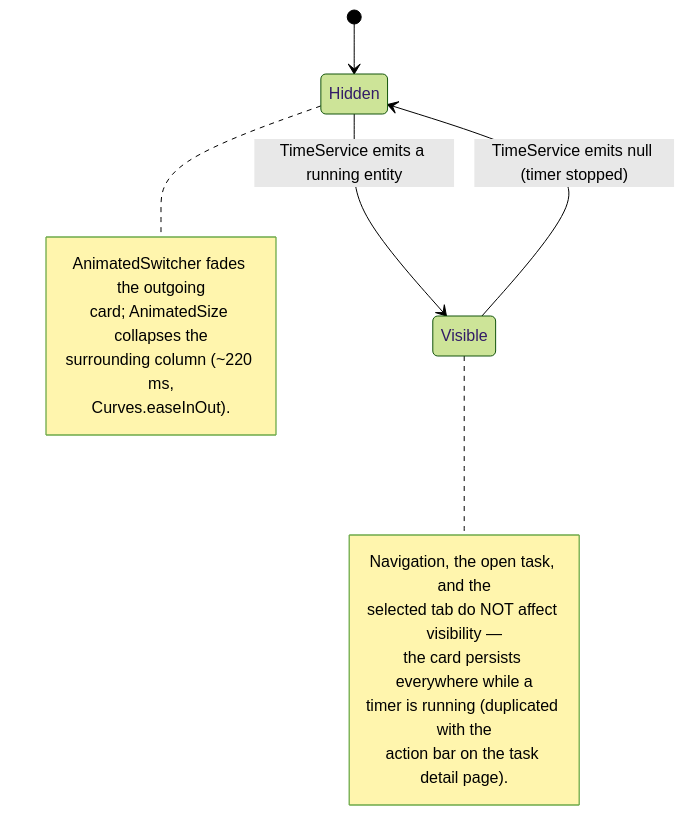
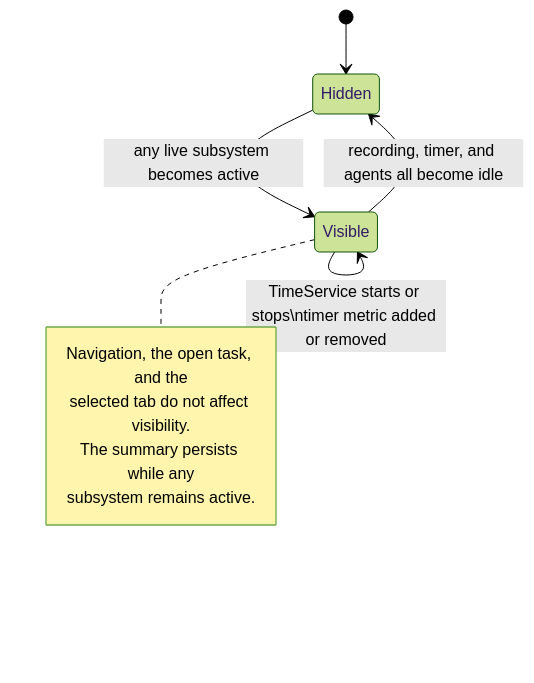
One commit to matthiasn/lotti changed the seventh of 16 diagrams in lib/features/tasks/README.md. Above: the diagram before and after it, drawn with Mermaid (forest theme). The commit also changed other lines of this file and 43 other files, not shown here.

````diff
--- a/lib/features/tasks/README.md
+++ b/lib/features/tasks/README.md
@@ -382,19 +388,13 @@
 ```mermaid
 stateDiagram-v2
     [*] --> Hidden
-    Hidden --> Visible: TimeService emits a running entity
-    Visible --> Hidden: TimeService emits null (timer stopped)
+    Hidden --> Visible: any live subsystem becomes active
+    Visible --> Hidden: recording, timer, and agents all become idle
+    Visible --> Visible: TimeService starts or stops\ntimer metric added or removed
     note right of Visible
       Navigation, the open task, and the
-      selected tab do NOT affect visibility —
-      the card persists everywhere while a
-      timer is running (duplicated with the
-      action bar on the task detail page).
-    end note
-    note right of Hidden
-      AnimatedSwitcher fades the outgoing
-      card; AnimatedSize collapses the
-      surrounding column (~220 ms,
-      Curves.easeInOut).
+      selected tab do not affect visibility.
+      The summary persists while any
+      subsystem remains active.
     end note
 ```
````
